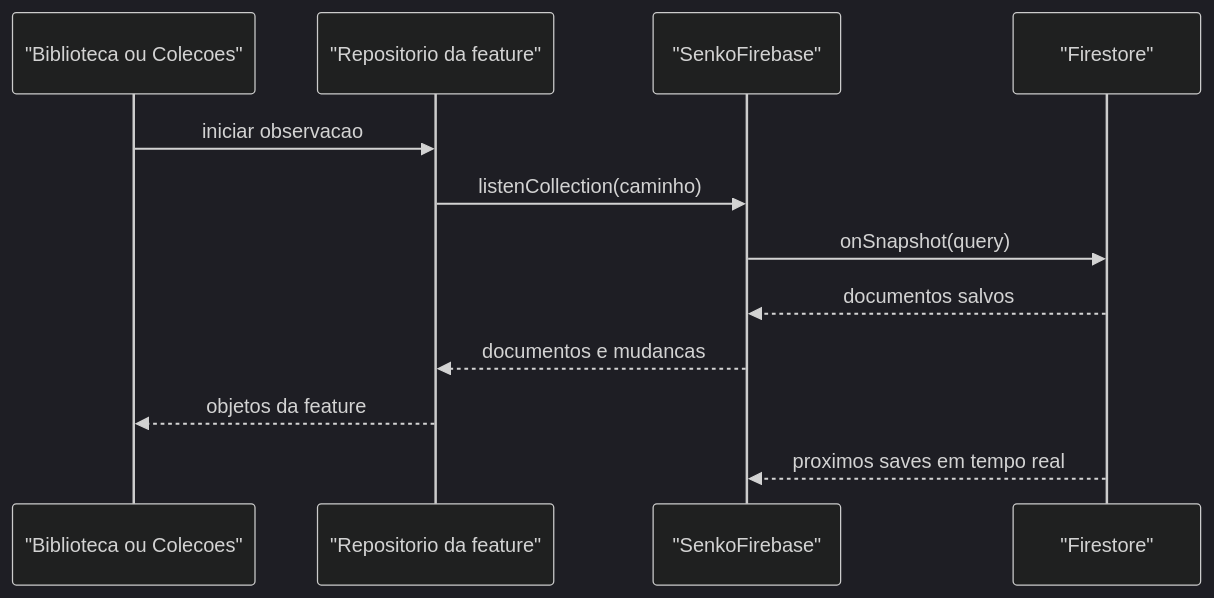
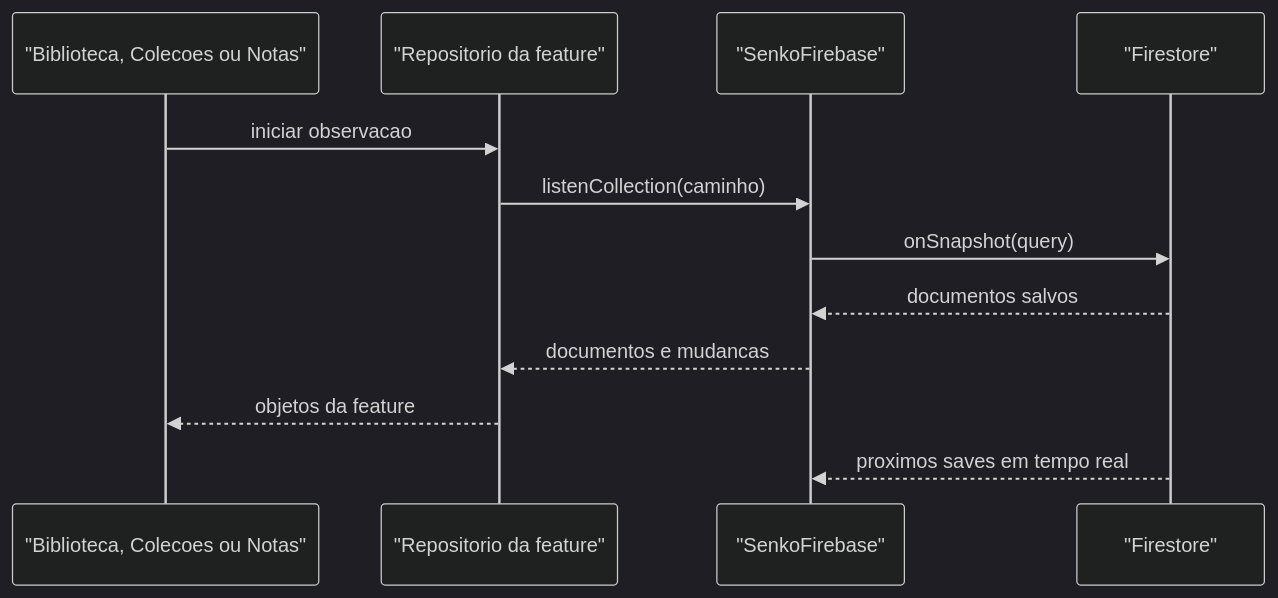
The second of 4 diagrams in docs/firebase/ARCHITECTURE.md (YgorFQ/projetoTestes), drawn with Mermaid (dark theme) before and after one commit. The commit also changed other lines of this file and 17 other files, not shown here.

````diff
--- a/docs/firebase/ARCHITECTURE.md
+++ b/docs/firebase/ARCHITECTURE.md
@@ -180,15 +185,15 @@
 ```mermaid
 sequenceDiagram
-    participant UI as "Biblioteca ou Colecoes"
+    participant UI as "Biblioteca, Colecoes ou Notas"
     participant Repo as "Repositorio da feature"
     participant Infra as "SenkoFirebase"
     participant DB as "Firestore"
 
     UI->>Repo: iniciar observacao
     Repo->>Infra: listenCollection(caminho)
     Infra->>DB: onSnapshot(query)
     DB-->>Infra: documentos salvos
     Infra-->>Repo: documentos e mudancas
     Repo-->>UI: objetos da feature
     DB-->>Infra: proximos saves em tempo real
 ```
````
